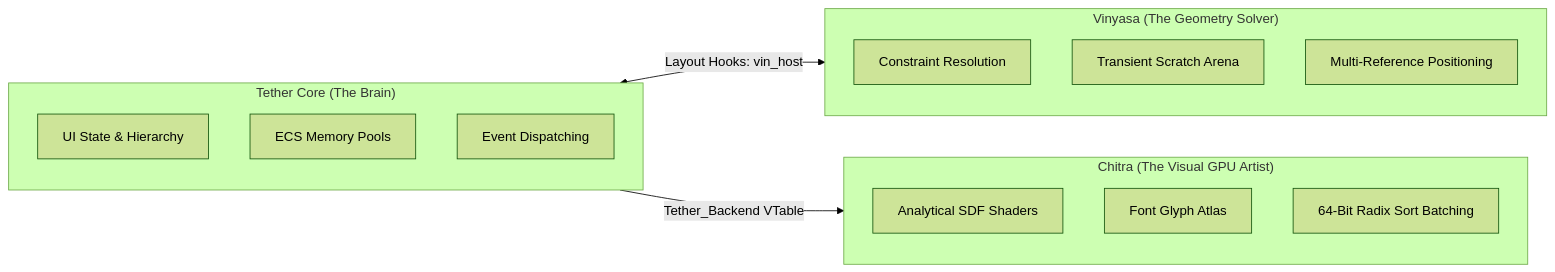
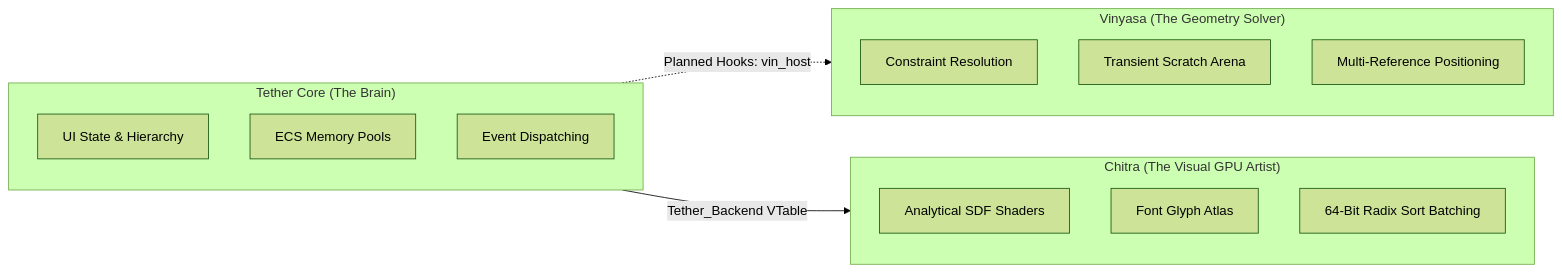
Before and after one commit to Yuvi-GD/Tether: the second of 3 diagrams in docs/presentation/04_ecosystem_and_architecture.md, drawn with Mermaid (forest theme). The commit also changed other lines of this file and 24 other files, not shown here.

Commit message:
docs: align technical docs with v0.0.3-preview and clarify presentation roadmap

````diff
--- a/docs/presentation/04_ecosystem_and_architecture.md
+++ b/docs/presentation/04_ecosystem_and_architecture.md
@@ -71,23 +71,23 @@
 ```mermaid
 flowchart LR
     subgraph TetherCore["Tether Core (The Brain)"]
         T_State["UI State & Hierarchy"]
         T_ECS["ECS Memory Pools"]
         T_Events["Event Dispatching"]
     end
 
     subgraph Vinyasa["Vinyasa (The Geometry Solver)"]
         V_Solve["Constraint Resolution"]
         V_Scratch["Transient Scratch Arena"]
         V_Relative["Multi-Reference Positioning"]
     end
 
     subgraph Chitra["Chitra (The Visual GPU Artist)"]
         C_SDF["Analytical SDF Shaders"]
         C_Atlas["Font Glyph Atlas"]
         C_Sort["64-Bit Radix Sort Batching"]
     end
 
-    TetherCore <-->|"Layout Hooks: vin_host"| Vinyasa
+    TetherCore -.->|"Planned Hooks: vin_host"| Vinyasa
     TetherCore -->|"Tether_Backend VTable"| Chitra
 ```
````
